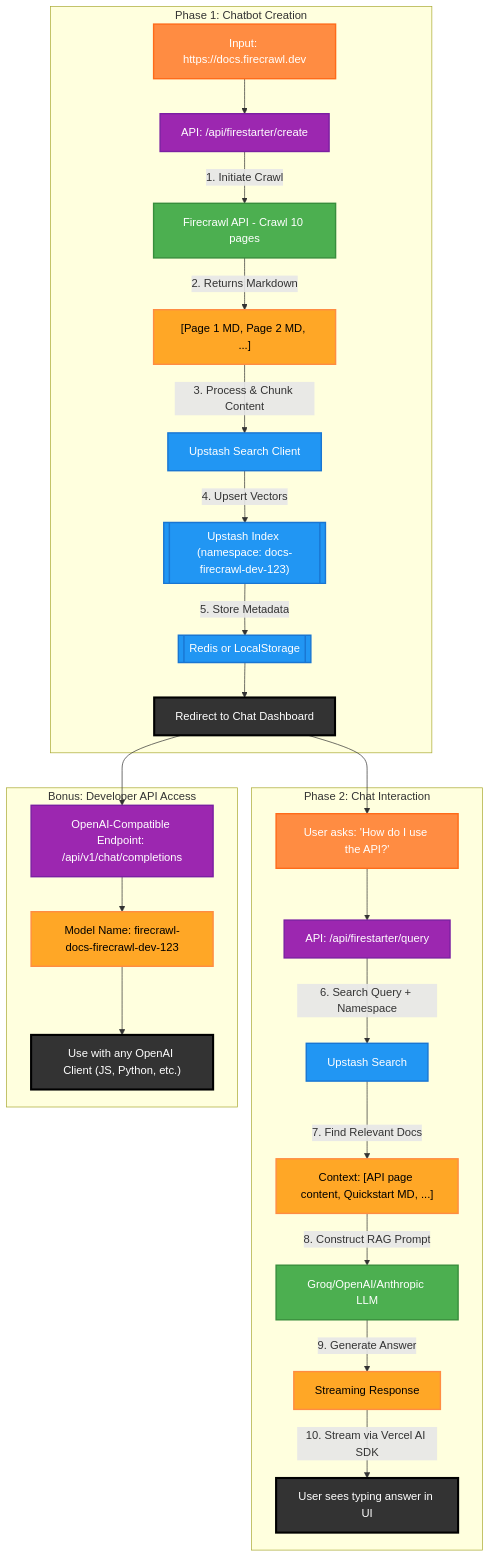
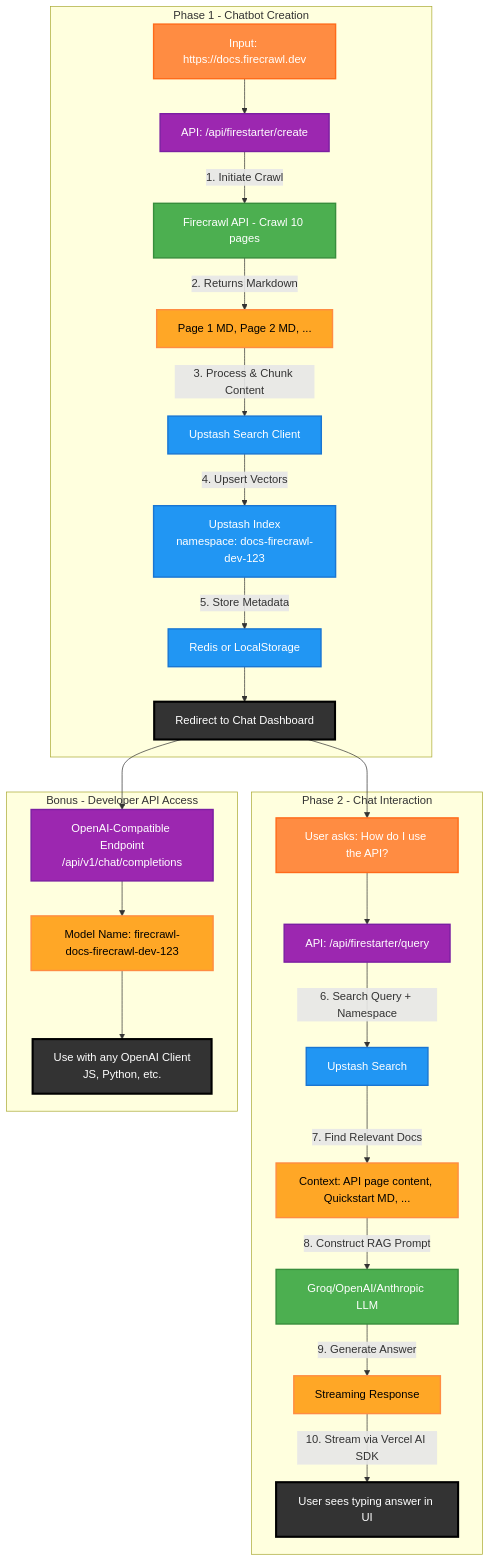
Before and after one commit to sosacrazy126/firestarter: the diagram in README.md, drawn with Mermaid. The commit also changed other lines of this file and 4 other files, not shown here.

````diff
--- a/README.md
+++ b/README.md
@@ -71,44 +67,44 @@
 ```mermaid
 graph TD
-    subgraph "Phase 1: Chatbot Creation"
-        A["Input: https://docs.firecrawl.dev"] --> B["API: /api/firestarter/create"]
-        B -->|1. Initiate Crawl| C["Firecrawl API - Crawl 10 pages"]
-        C -->|2. Returns Markdown| D["[Page 1 MD, Page 2 MD, ...]"]
-        D -->|3. Process & Chunk Content| E["Upstash Search Client"]
-        E -->|4. Upsert Vectors| F[["Upstash Index (namespace: docs-firecrawl-dev-123)"]]
-        F -->|5. Store Metadata| G[["Redis or LocalStorage"]]
-        G --> H["Redirect to Chat Dashboard"]
+    subgraph Phase1[Phase 1 - Chatbot Creation]
+        A[Input: https://docs.firecrawl.dev] --> B[API: /api/firestarter/create]
+        B -->|1. Initiate Crawl| C[Firecrawl API - Crawl 10 pages]
+        C -->|2. Returns Markdown| D[Page 1 MD, Page 2 MD, ...]
+        D -->|3. Process & Chunk Content| E[Upstash Search Client]
+        E -->|4. Upsert Vectors| F[Upstash Index<br/>namespace: docs-firecrawl-dev-123]
+        F -->|5. Store Metadata| G[Redis or LocalStorage]
+        G --> H[Redirect to Chat Dashboard]
     end
 
-    subgraph "Phase 2: Chat Interaction"
-        H --> I["User asks: 'How do I use the API?'"]
-        I --> J["API: /api/firestarter/query"]
-        J -->|6. Search Query + Namespace| K["Upstash Search"]
-        K -->|7. Find Relevant Docs| L["Context: [API page content, Quickstart MD, ...]"]
-        L -->|8. Construct RAG Prompt| M["Groq/OpenAI/Anthropic LLM"]
-        M -->|9. Generate Answer| N["Streaming Response"]
-        N -->|10. Stream via Vercel AI SDK| O["User sees typing answer in UI"]
+    subgraph Phase2[Phase 2 - Chat Interaction]
+        H --> I[User asks: How do I use the API?]
+        I --> J[API: /api/firestarter/query]
+        J -->|6. Search Query + Namespace| K[Upstash Search]
+        K -->|7. Find Relevant Docs| L[Context: API page content, Quickstart MD, ...]
+        L -->|8. Construct RAG Prompt| M[Groq/OpenAI/Anthropic LLM]
+        M -->|9. Generate Answer| N[Streaming Response]
+        N -->|10. Stream via Vercel AI SDK| O[User sees typing answer in UI]
     end
 
-    subgraph "Bonus: Developer API Access"
-        H --> P["OpenAI-Compatible Endpoint: /api/v1/chat/completions"]
-        P --> Q["Model Name: firecrawl-docs-firecrawl-dev-123"]
-        Q --> R["Use with any OpenAI Client (JS, Python, etc.)"]
+    subgraph Bonus[Bonus - Developer API Access]
+        H --> P[OpenAI-Compatible Endpoint<br/>/api/v1/chat/completions]
+        P --> Q[Model Name: firecrawl-docs-firecrawl-dev-123]
+        Q --> R[Use with any OpenAI Client<br/>JS, Python, etc.]
     end
 
     %% Styling
     classDef userInput fill:#ff8c42,stroke:#ff6b1a,stroke-width:2px,color:#fff
     classDef api fill:#9c27b0,stroke:#7b1fa2,stroke-width:2px,color:#fff
     classDef external fill:#ff6b1a,stroke:#ff4500,stroke-width:3px,color:#fff
     classDef storage fill:#2196F3,stroke:#1976D2,stroke-width:2px,color:#fff
     classDef llm fill:#4CAF50,stroke:#388E3C,stroke-width:2px,color:#fff
     classDef process fill:#ffa726,stroke:#ff8c42,stroke-width:2px,color:#000
     classDef output fill:#333,stroke:#000,stroke-width:3px,color:#fff
 
     class A,I userInput
     class B,J,P api
     class C,M llm
     class E,F,G,K storage
     class D,L,N,Q process
     class H,O,R output
 ```
````
